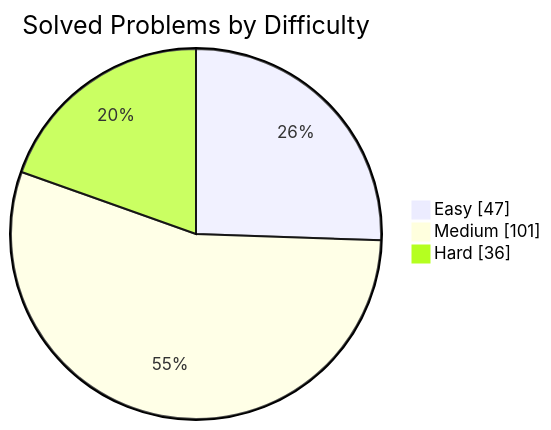
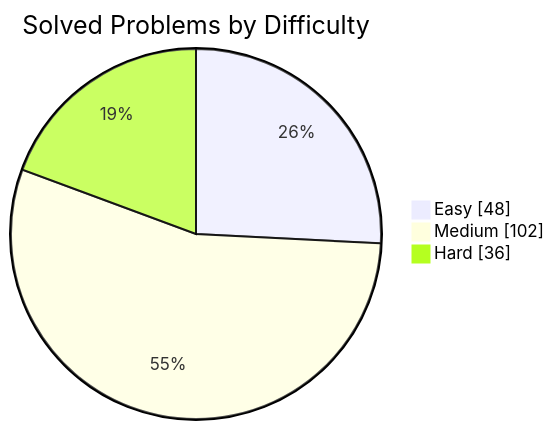
Before and after one commit to manikantbindass/DSA-Preparation-FAANG: the first of 2 diagrams in README.md, drawn with Mermaid. The commit also changed other lines of this file, not shown here.

````diff
--- a/README.md
+++ b/README.md
@@ -38,7 +38,7 @@
 ```mermaid
 pie showData
     title Solved Problems by Difficulty
-    "Easy" : 47
-    "Medium" : 101
+    "Easy" : 48
+    "Medium" : 102
     "Hard" : 36
 ```
````
